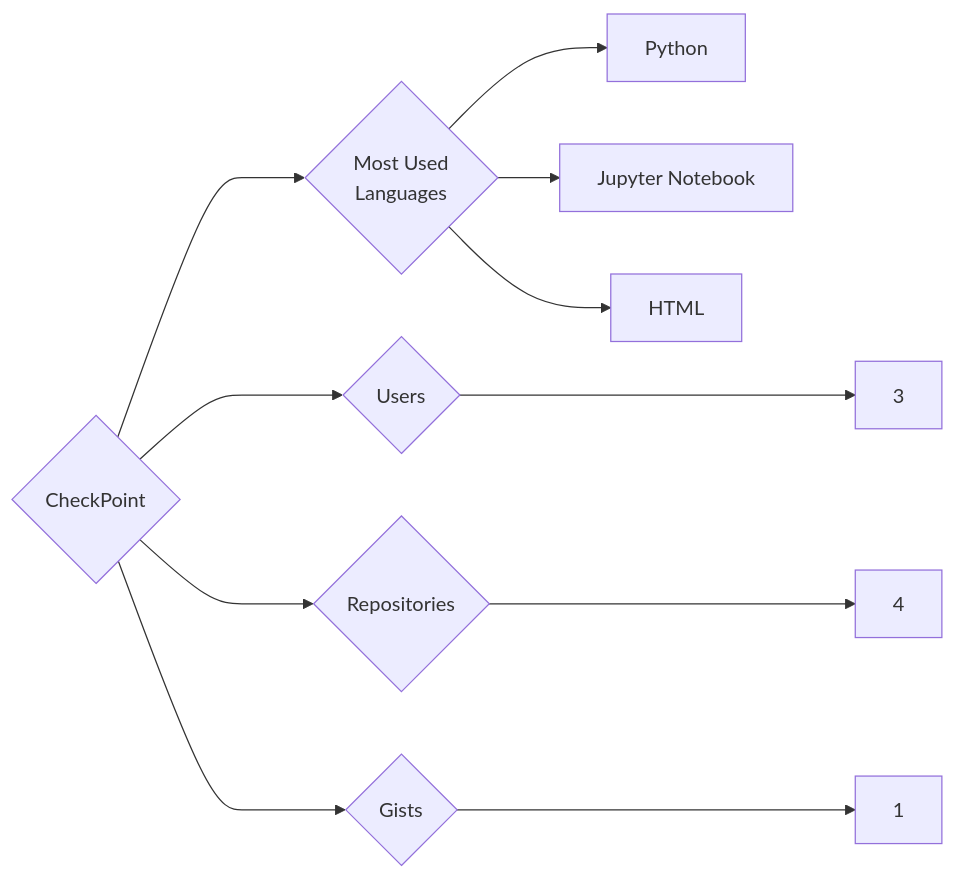
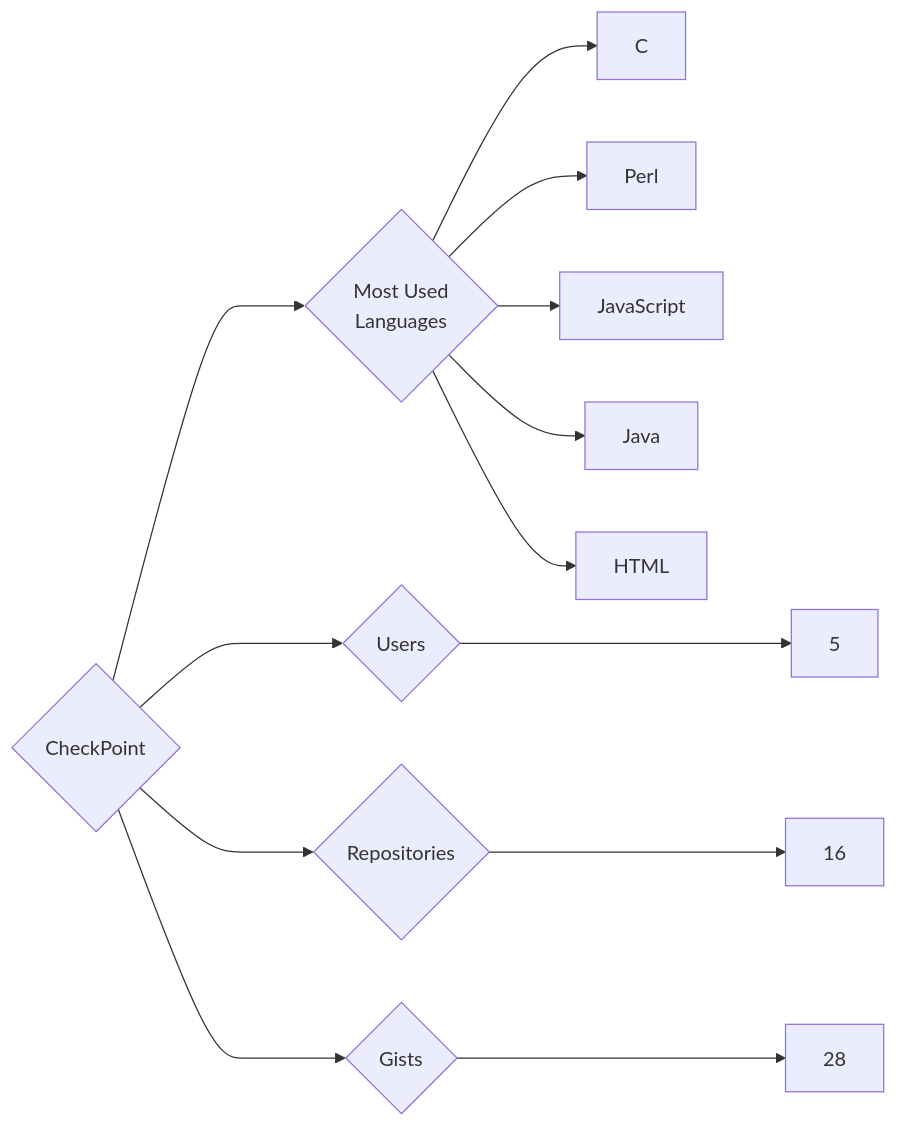
The diagram in targets/CheckPoint/README.md (trickest/insiders), drawn with Mermaid before and after one commit. The commit also changed 1175 other files, not shown here.

````diff
--- a/targets/CheckPoint/README.md
+++ b/targets/CheckPoint/README.md
@@ -3,11 +3,13 @@
 ```mermaid
 graph LR
 COMPANY_NAME{CheckPoint}
-COMPANY_NAME ---> U{Users} ---> UN[3]
-COMPANY_NAME ---> R{Repositories} ---> RN[4]
-COMPANY_NAME ---> G{Gists} ---> GN[1]
+COMPANY_NAME ---> U{Users} ---> UN[5]
+COMPANY_NAME ---> R{Repositories} ---> RN[16]
+COMPANY_NAME ---> G{Gists} ---> GN[28]
 COMPANY_NAME ---> ML{Most Used<br>Languages}
-ML --> Python[Python]
-ML --> Jupyter_Notebook[Jupyter Notebook]
+ML --> C[C]
+ML --> Perl[Perl]
+ML --> JavaScript[JavaScript]
+ML --> Java[Java]
 ML --> HTML[HTML]
 ```
````
